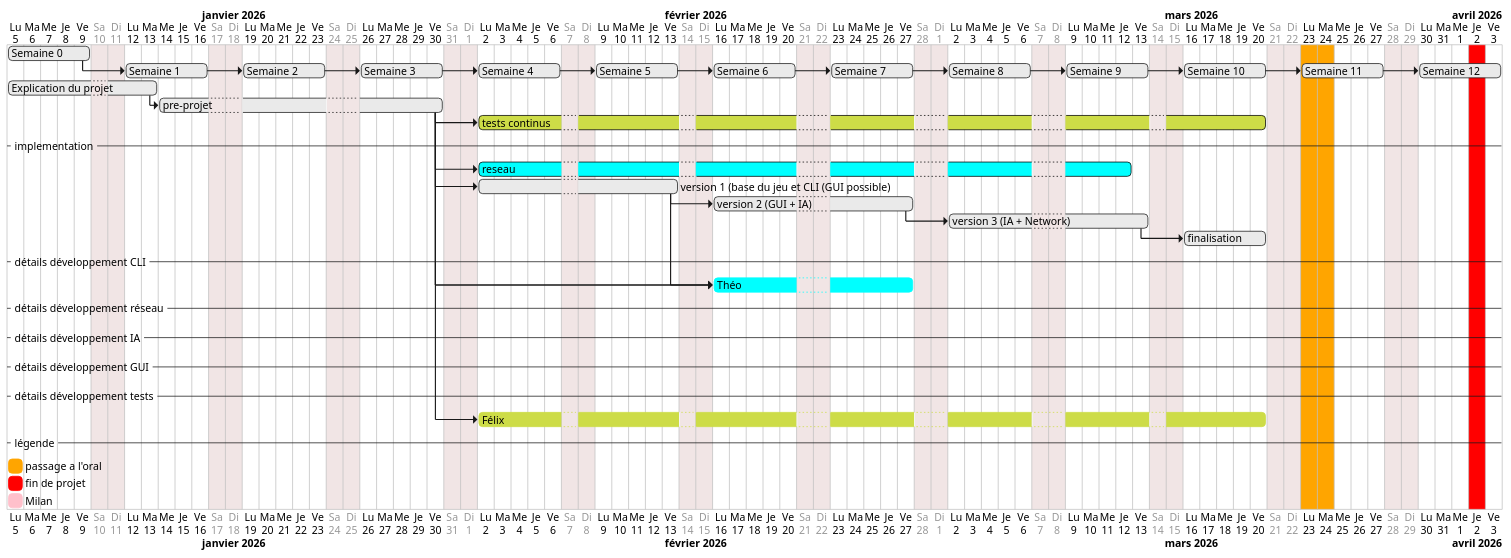
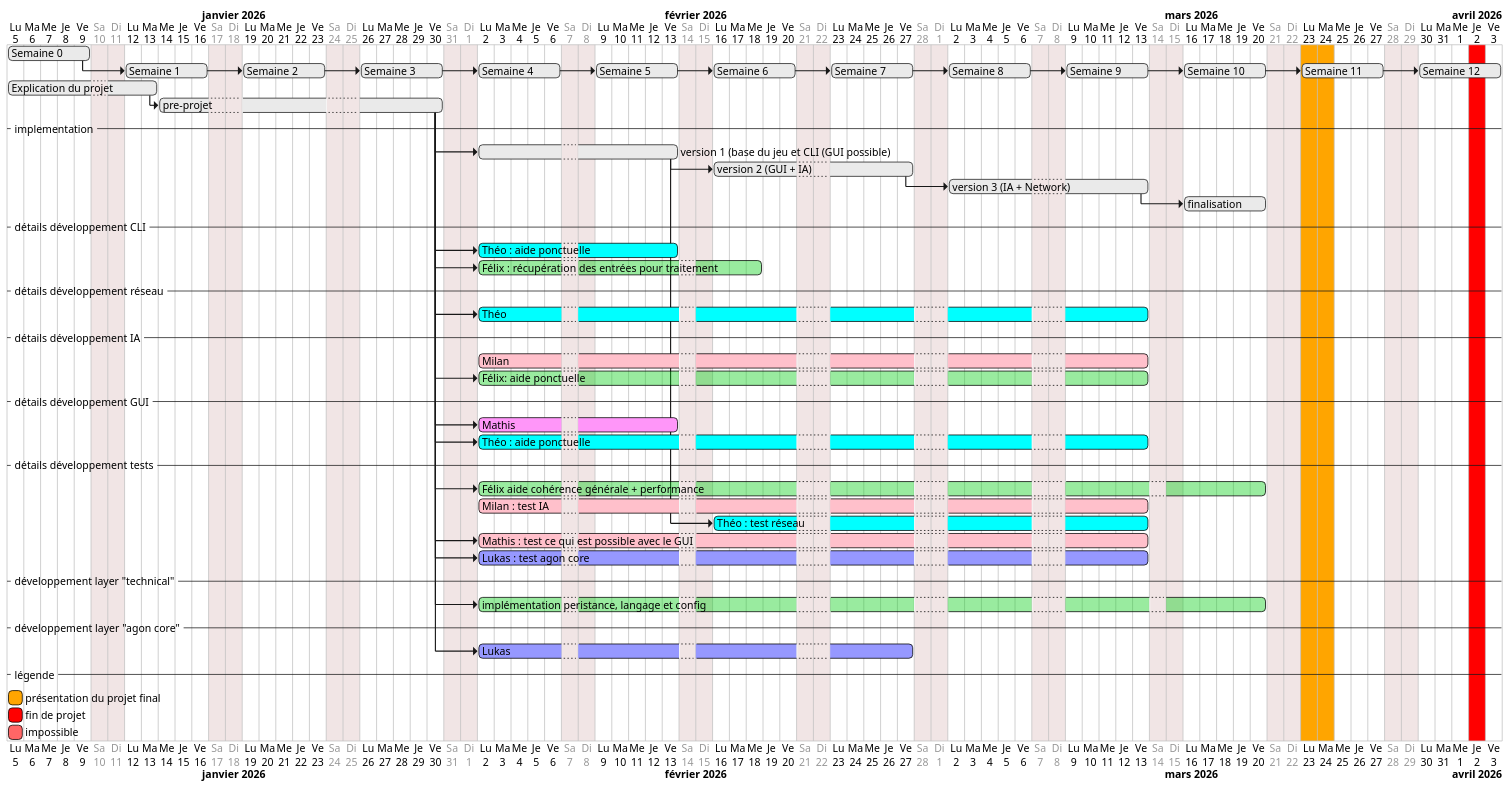
Before and after one commit to mathys-guillorit/agon-java: the diagram in agon/UML/gantt.puml, drawn with PlantUML. The commit also changed 2 other files, not shown here.

Commit message:
update gantt and move report

```diff
--- a/agon/UML/gantt.puml
+++ b/agon/UML/gantt.puml
@@ -1,98 +1,137 @@
 @startgantt
 Language fr
 
 saturday are closed
 sunday are closed
 'attention format : aaaa/jj/mm
 Project starts the 2026/01/05
 skinparam roundcorner 10
 
 ' dates de départ
 2026/01/04 is colored in #ff0000
 ' date de fin (rendu)
 2026/04/02 is colored in red
 
 ' oral pdp
 2026/03/23 is colored in orange
 2026/03/24 is colored in orange
 
 
 <style>
 ganttDiagram {
     fontName Arial
     fontSize 14
     task {
         BackgroundColor #EAEAEA
         BorderColor #555555
     }
     milestone {
         BackgroundColor #C62828
         FontColor white
         FontStyle bold
     }
 }
 </style>
 
 [Semaine 0] as [s0] lasts 5 day
 [Semaine 1] as [s1] starts at [s0]'s end and lasts 5 day
 [Semaine 2] as [s2] starts at [s1]'s end and lasts 5 day
 [Semaine 3] as [s3] starts at [s2]'s end and lasts 5 day
 [Semaine 4] as [s4] starts at [s3]'s end and lasts 5 day
 [Semaine 5] as [s5] starts at [s4]'s end and lasts 5 day
 [Semaine 6] as [s6] starts at [s5]'s end and lasts 5 day
 [Semaine 7] as [s7] starts at [s6]'s end and lasts 5 day
 [Semaine 8] as [s8] starts at [s7]'s end and lasts 5 day
 [Semaine 9] as [s9] starts at [s8]'s end and lasts 5 day
 [Semaine 10] as [s10] starts at [s9]'s end and lasts 5 day
 [Semaine 11] as [s11] starts at [s10]'s end and lasts 5 day
 [Semaine 12] as [s12] starts at [s11]'s end and lasts 5 day
 
 [s1] displays on same row as [s2]
 [s2] displays on same row as [s3]
 [s3] displays on same row as [s4]
 [s4] displays on same row as [s5]
 [s5] displays on same row as [s6]
 [s6] displays on same row as [s7]
 [s7] displays on same row as [s8]
 [s8] displays on same row as [s9]
 [s9] displays on same row as [s10]
 [s10] displays on same row as [s11]
 [s11] displays on same row as [s12]
 
 
 
 [Explication du projet] as [begin] lasts 7 day
 [pre-projet] as [preproj] starts at [begin]'s end and lasts 13 day
-[tests continus] as [tests] starts at [preproj]'s end and lasts 35 day
 -- implementation --
-[reseau] as [network] starts at [preproj]'s end and lasts 29 day
 [version 1 (base du jeu et CLI (GUI possible)] as [v1] starts at [preproj]'s end and lasts 10 day
 [version 2 (GUI + IA)] as [v2] starts at [v1]'s end and lasts 10 days
 [version 3 (IA + Network)] as [v3] starts at [v2]'s end and lasts 10 days
 [finalisation] as [v4] starts at [v3]'s end and lasts 5 days
 -- détails développement CLI --
-[Théo] as [thl] starts at [preproj]'s end and lasts 10 days
+[Théo : aide ponctuelle] as [tt2] starts at [preproj]'s end and lasts 10 days
+[Félix : récupération des entrées pour traitement] as [ft3] starts at [preproj]'s end and lasts 13 days
+
+
 -- détails développement réseau --
-[Théo] as [thl] starts at [preproj]'s end and lasts 29 days
+
+[Théo] as [theo] starts at [preproj]'s end and lasts 30 days
+
 -- détails développement IA --
+
+[Milan] as [milan] starts 2026/02/02 and lasts 30 days
+[Félix: aide ponctuelle] as [ft2] starts at [preproj]'s end and lasts 30 days
+
 -- détails développement GUI --
-[Théo] as [thl] starts at [v1]'s end and lasts 10 days
+
+[Mathis] as [mathis] starts at [preproj]'s end and lasts 10 days
+[Théo : aide ponctuelle] as [tt1] starts at [preproj]'s end and lasts 30 days
+
 -- détails développement tests --
-[Félix] as [fttl] starts at [preproj]'s end and lasts 35 days
+
+[Félix aide cohérence générale + performance] as [felix] starts at [preproj]'s end and lasts 35 days
+[Milan : test IA] as [mit2] starts 2026/02/02 and lasts 30 days
+[Théo : test réseau] as [tt3] starts at [v1]'s end and lasts 20 days
+[Mathis : test ce qui est possible avec le GUI] as [mat1] starts at [preproj]'s end and lasts 30 days
+[Lukas : test agon core] as [lt1] starts at [preproj]'s end and lasts 30 days
+
+-- développement layer "technical" --
+
+[implémentation peristance, langage et config] as [ft1] starts at [preproj]'s end and lasts 35 days
+
+-- développement layer "agon core" --
+[Lukas] as [lukas] starts at [preproj]'s end and lasts 20 days
+
 -- légende --
+[présentation du projet final] is colored in #orange/black
+[fin de projet] is colored in #red/black
+[impossible]  is colored in #ff000099/black
+' assignation manuelle des couleurs
+[theo] is colored in #cyan/black
+[felix] is colored in #00cc1166/black
+[milan] is colored in #pink/black 
+[mathis] is colored in #FF96F9/black
+[lukas] is colored in #9698FF/black
 
-'[tests] displays on same row as [preproj]
+' tasks (cannot reuse same name or apply same colors to all)
+' denomination : first letters of (2 if required): name + t 
+' for first letter of "task" + number of task
 
-' coloration
-[tests] is colored in #cddc47/black
+' felix
+[ft1] is colored in #00cc1166/black
+[ft2] is colored in #00cc1166/black
+[ft3] is colored in #00cc1166/black
+' theo
+[tt1] is colored in #cyan/black
+[tt2] is colored in #cyan/black
+[tt3] is colored in #cyan/black
+' lukas
+[lt1] is colored in #9698FF/black
+' milan 
+[mit2] is colored in #pink/black 
+' mathis
+[mat1] is colored in #pink/black 
 
-' légende
-[passage a l'oral] is colored in #orange
-[fin de projet] is colored in #red
-[network] is colored in #cyan/black
 
-[thl] is colored in #cyan
-[fttl] is colored in #cddc47
-[Milan] is colored in #pink
 
 @endgantt
```
